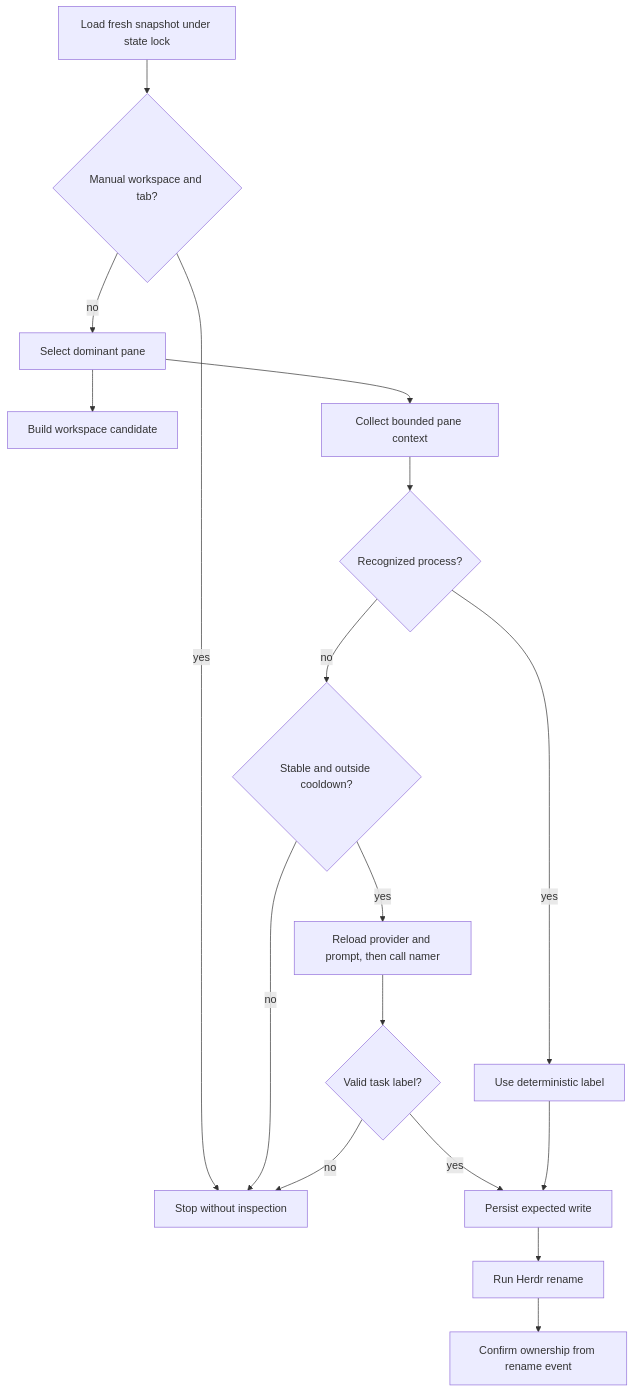
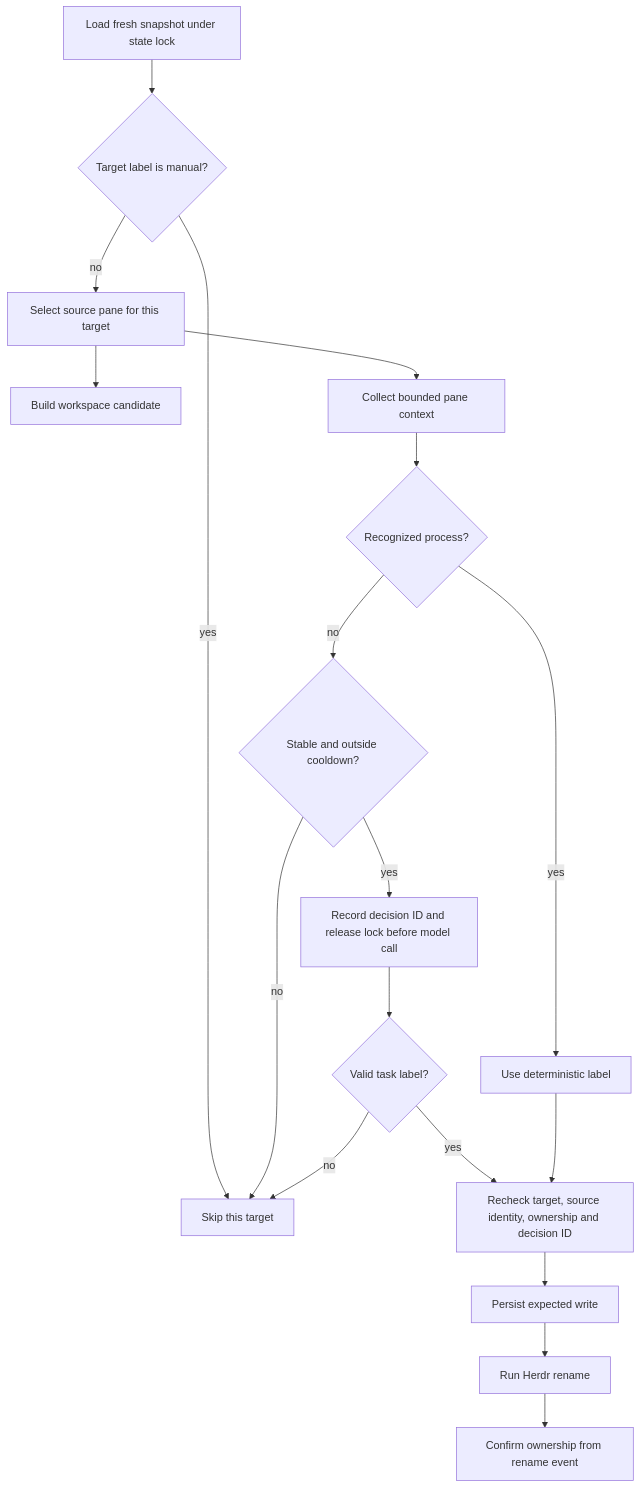
One commit to iurysza/herdr-tab-smart-rename changed the second of 2 diagrams in ai-artifacts/ARCHITECTURE.md. Above: the diagram before and after it, drawn with Mermaid. The commit also changed other lines of this file and 19 other files, not shown here.

````diff
--- a/ai-artifacts/ARCHITECTURE.md
+++ b/ai-artifacts/ARCHITECTURE.md
@@ -91,19 +91,20 @@
 ```mermaid
 flowchart TD
-    A[Load fresh snapshot under state lock] --> B{Manual workspace and tab?}
-    B -- yes --> Z[Stop without inspection]
-    B -- no --> C[Select dominant pane]
+    A[Load fresh snapshot under state lock] --> B{Target label is manual?}
+    B -- yes --> Z[Skip this target]
+    B -- no --> C[Select source pane for this target]
     C --> D[Build workspace candidate]
     C --> E[Collect bounded pane context]
     E --> F{Recognized process?}
     F -- yes --> G[Use deterministic label]
     F -- no --> H{Stable and outside cooldown?}
     H -- no --> Z
-    H -- yes --> I[Reload provider and prompt, then call namer]
+    H -- yes --> I[Record decision ID and release lock before model call]
     I --> J{Valid task label?}
     J -- no --> Z
-    J -- yes --> K[Persist expected write]
-    G --> K
+    J -- yes --> V[Recheck target, source identity, ownership and decision ID]
+    G --> V
+    V --> K[Persist expected write]
     K --> L[Run Herdr rename]
     L --> M[Confirm ownership from rename event]
 ```
````
